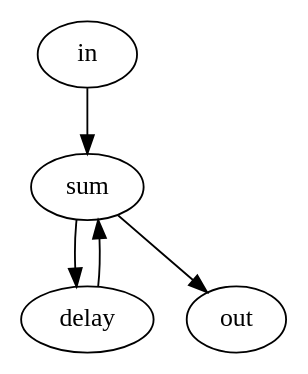
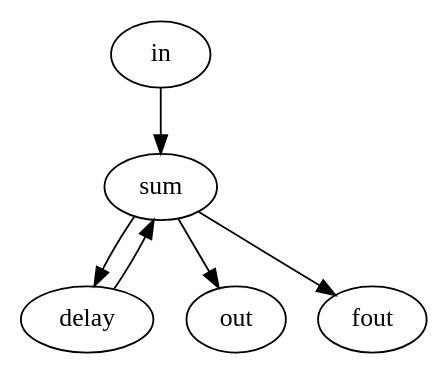
One commit to Luca-Jones/dspsim-java changed the diagram in README.md. Above: the diagram before and after it, drawn with Graphviz. The commit also changed other lines of this file and 2 other files, not shown here.

````diff
--- a/README.md
+++ b/README.md
@@ -56,13 +56,15 @@
 ```dot
 digraph {
     in [type="impulse"];
     delay [type="constant", value=1];
     sum [type="sum"];
-    out [type="dataout", file="/dev/stdout"];
+    out [type="dataout"];
+    fout [type="dataout", file="out.csv"];
 
     in -> sum;
     sum -> delay;
     delay -> sum;
     sum -> out;
+    sum -> fout;
 }
 ```
````
